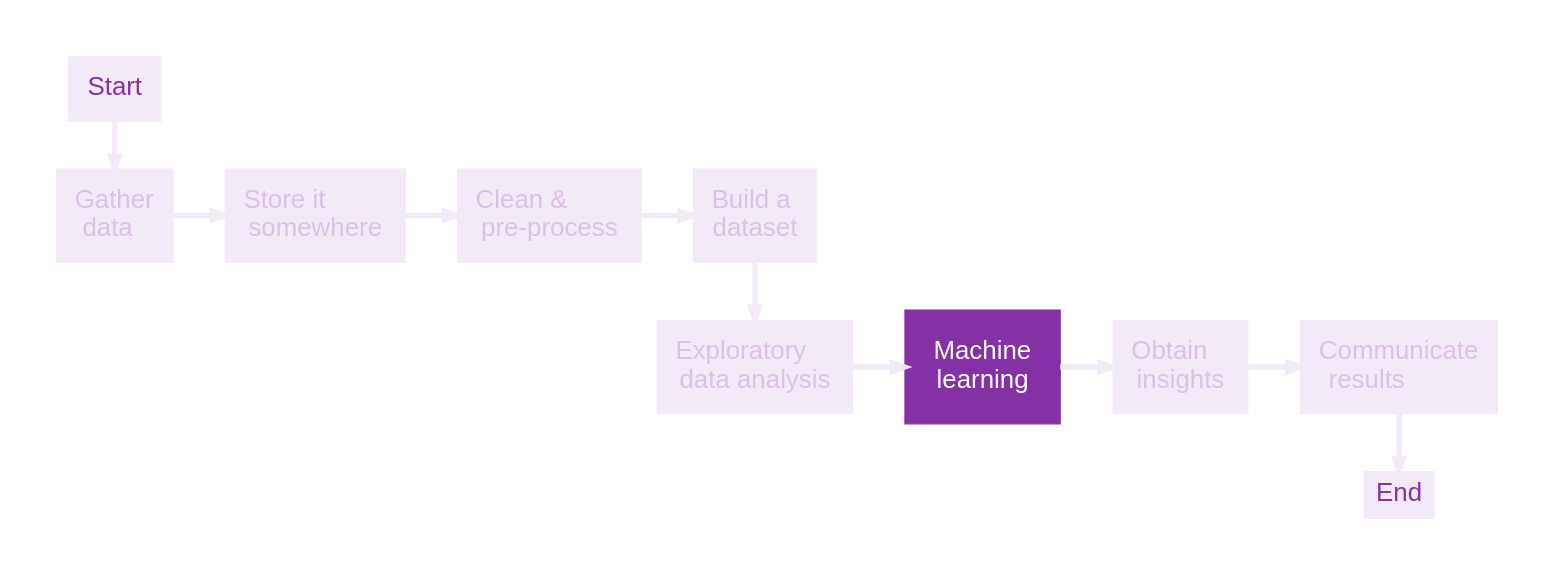
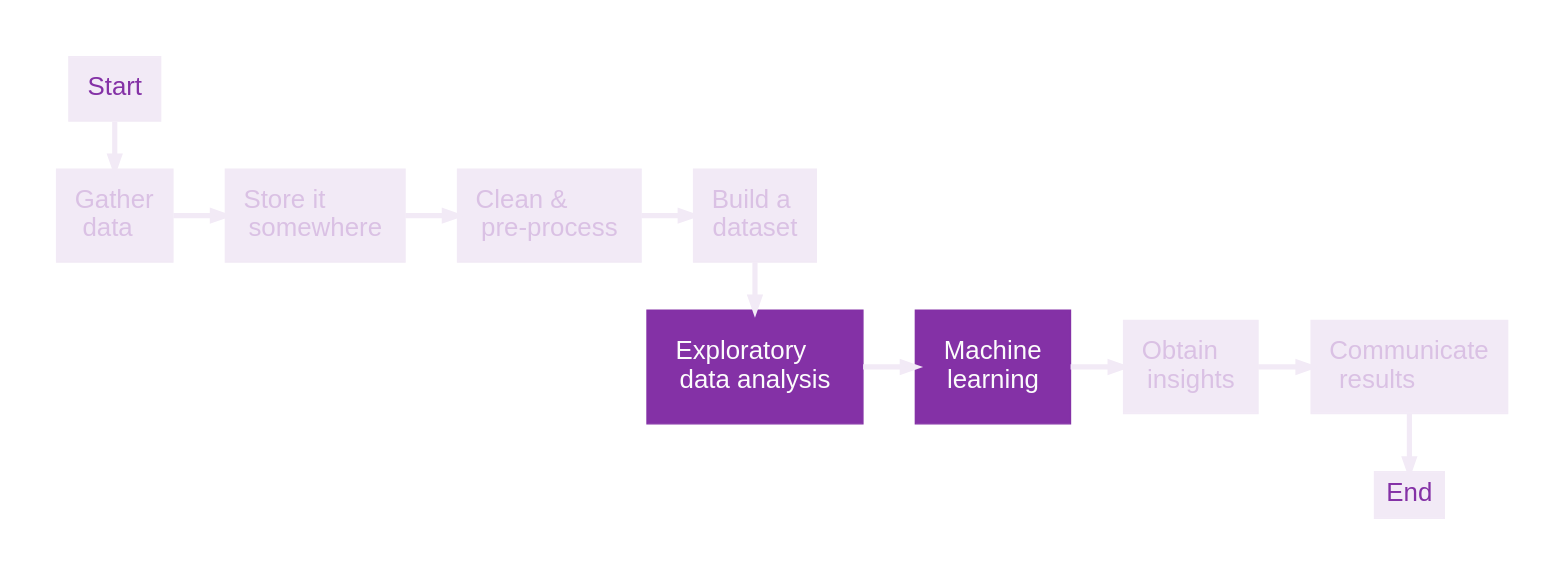
One commit to UCLWilson/lse-ds202-course-notes changed the third of 3 diagrams in slides/week01_slides_part2.qmd. Above: the diagram before and after it, drawn with Graphviz. The commit also changed other lines of this file and 3 other files, not shown here.

````diff
--- a/slides/week01_slides_part2.qmd
+++ b/slides/week01_slides_part2.qmd
@@ -227,51 +229,51 @@
 ```{dot}
 //| data-id: 1
-//| fig-width: 100%
+//| fig-width: 10
 
 digraph {
   pad=0.5;
   margin=0;
 	fontname="Helvetica,Arial,sans-serif";
 	node [fontname="Helvetica,Arial,sans-serif", fontsize="20", margin=0.2]
 	edge [fontname="Helvetica,Arial,sans-serif", penwidth=4, color="#f2eaf6"]
 	
 	rankdir=TB;
 	
   node [shape=box, margin=0.2, fontcolor="#8431A6", style=filled, color="#f2eaf6"];
   	
 	start       [label="Start"];
   end         [margin=0.1, label="End"];
   
   node [fontcolor="#dac1e4", style=filled, color="#f2eaf6"];
 	gather      [label="Gather\ldata  ", imagepos="tc"];
 	store       [label="Store it         \lsomewhere"];
 	clean       [label="Clean &        \lpre-process"];
 	build       [label="Build a \ldataset"];
-	eda         [label="Exploratory    \ldata analysis"];
-  ml          [label="Machine\llearning", fontcolor="#fcfcfc", style=filled, color="#8431A6", margin=0.3];
+	eda         [label="Exploratory    \ldata analysis", fontcolor="#fcfcfc", style=filled, color="#8431A6", margin=0.3];
+    ml          [label="Machine\llearning", fontcolor="#fcfcfc", style=filled, color="#8431A6", margin=0.3];
 	insight     [label="Obtain   \linsights"];
 	communicate [label="Communicate\lresults         "];
 
 	start -> gather;
 	subgraph cluster_80_percent {
 	  color=blue;
 		gather -> store  [label="      "];
 	  store  -> clean  [label="      "];
 	  clean  -> build  [label="      "];
 	}
 
   build -> eda;
 
   subgraph cluster_20_percent{
     color=blue;
 	  eda     -> ml           [label="      "];
     ml      -> insight      [label="      "];
 	  insight -> communicate  [label="      "];
   }
     
   {rank = same; gather; store; clean; build;}
   {rank = same; eda; ml; insight; communicate;}
 
   communicate -> end;
 }
 ```
````
